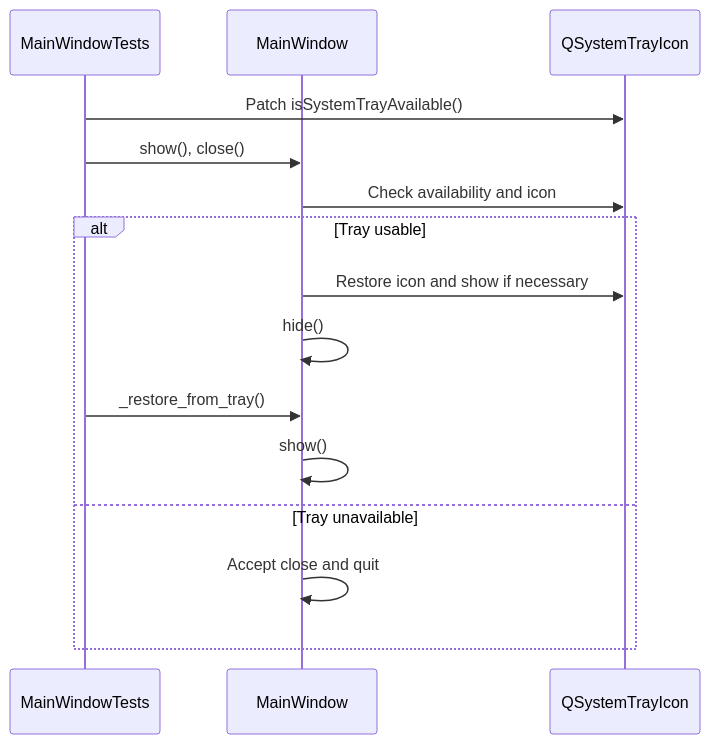
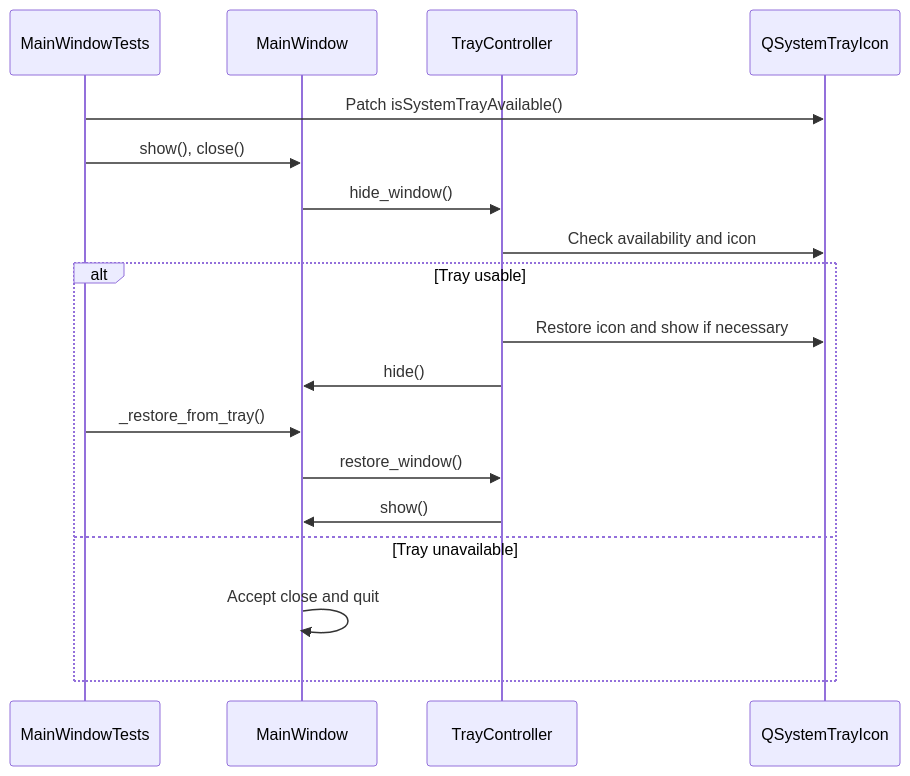
Before and after one commit to tbkmax/ShortcutStudio: the second of 2 diagrams in tests/doc/workflow_diagram.md, drawn with Mermaid. The commit also changed other lines of this file and 13 other files, not shown here.

````diff
--- a/tests/doc/workflow_diagram.md
+++ b/tests/doc/workflow_diagram.md
@@ -39,17 +41,20 @@
 ```mermaid
 sequenceDiagram
     participant Test as MainWindowTests
     participant Window as MainWindow
+    participant Controller as TrayController
     participant Tray as QSystemTrayIcon
     Test->>Tray: Patch isSystemTrayAvailable()
     Test->>Window: show(), close()
-    Window->>Tray: Check availability and icon
+    Window->>Controller: hide_window()
+    Controller->>Tray: Check availability and icon
     alt Tray usable
-        Window->>Tray: Restore icon and show if necessary
-        Window->>Window: hide()
+        Controller->>Tray: Restore icon and show if necessary
+        Controller->>Window: hide()
         Test->>Window: _restore_from_tray()
-        Window->>Window: show()
+        Window->>Controller: restore_window()
+        Controller->>Window: show()
     else Tray unavailable
         Window->>Window: Accept close and quit
     end
 ```
````
